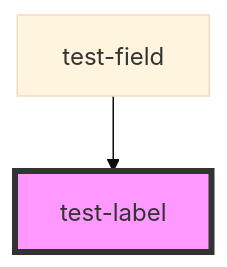
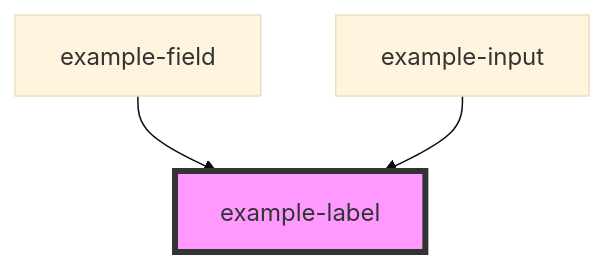
Before and after one commit to TomHancock2/stenciljs-uxpin-merge: the diagram in packages/components/src/components/label/readme.md, drawn with Mermaid (base theme). The commit also changed other lines of this file and 93 other files, not shown here.

````diff
--- a/packages/components/src/components/label/readme.md
+++ b/packages/components/src/components/label/readme.md
@@ -15,5 +49,6 @@
 ```mermaid
 graph TD;
-  test-field --> test-label
-  style test-label fill:#f9f,stroke:#333,stroke-width:4px
+  example-field --> example-label
+  example-input --> example-label
+  style example-label fill:#f9f,stroke:#333,stroke-width:4px
 ```
````
